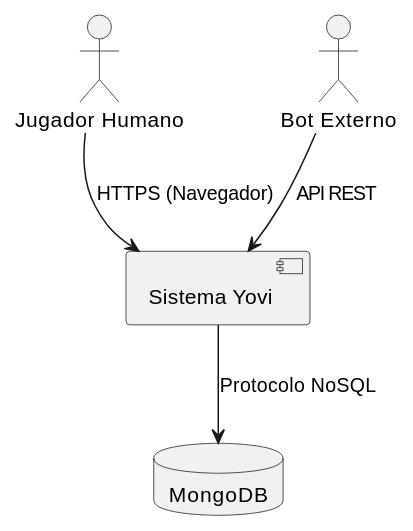
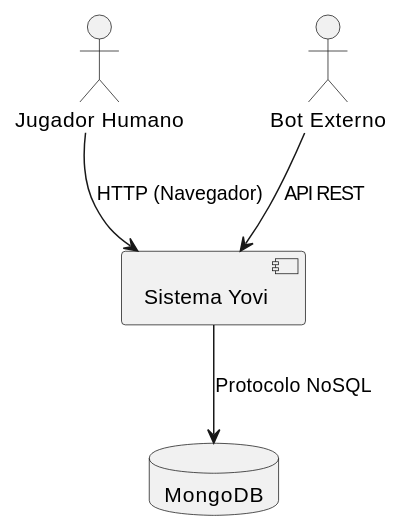
The first of 4 diagrams in docs/src/05_building_block_view.adoc (Arquisoft/yovi_es2a), drawn with PlantUML before and after one commit. The commit also changed other lines of this file and 2 other files, not shown here.

```diff
--- a/docs/src/05_building_block_view.adoc
+++ b/docs/src/05_building_block_view.adoc
@@ -18,13 +18,13 @@
 [plantuml, target=diagrama-contexto, format=svg]
 ....
 @startuml
 actor "Jugador Humano" as User
 actor "Bot Externo" as Bot
 component "Sistema Yovi" as System
 database "MongoDB" as DB
 
-User --> System : HTTPS (Navegador)
+User --> System : HTTP (Navegador)
 Bot --> System : API REST
 System --> DB : Protocolo NoSQL
 @enduml
 ....
```
